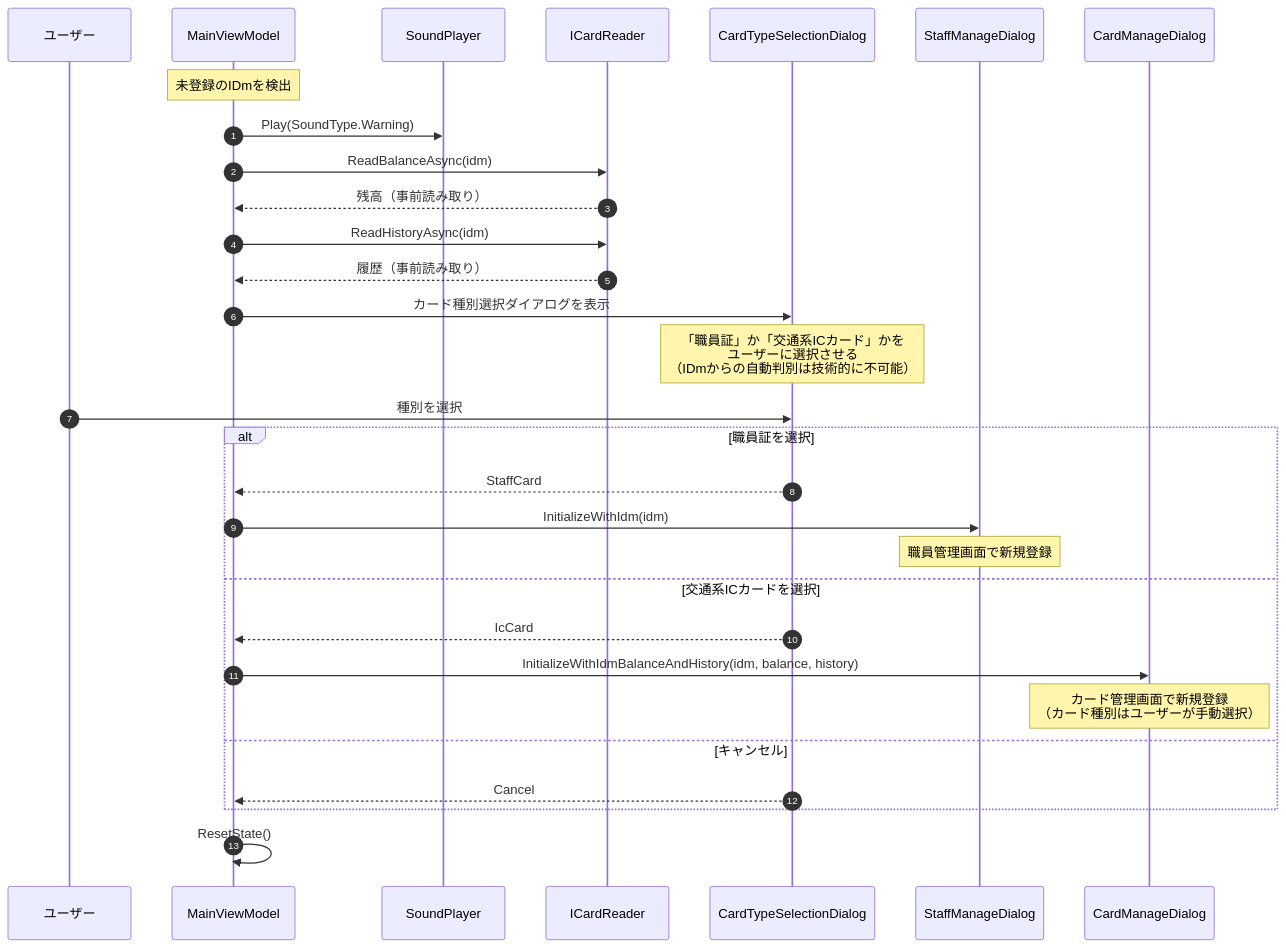
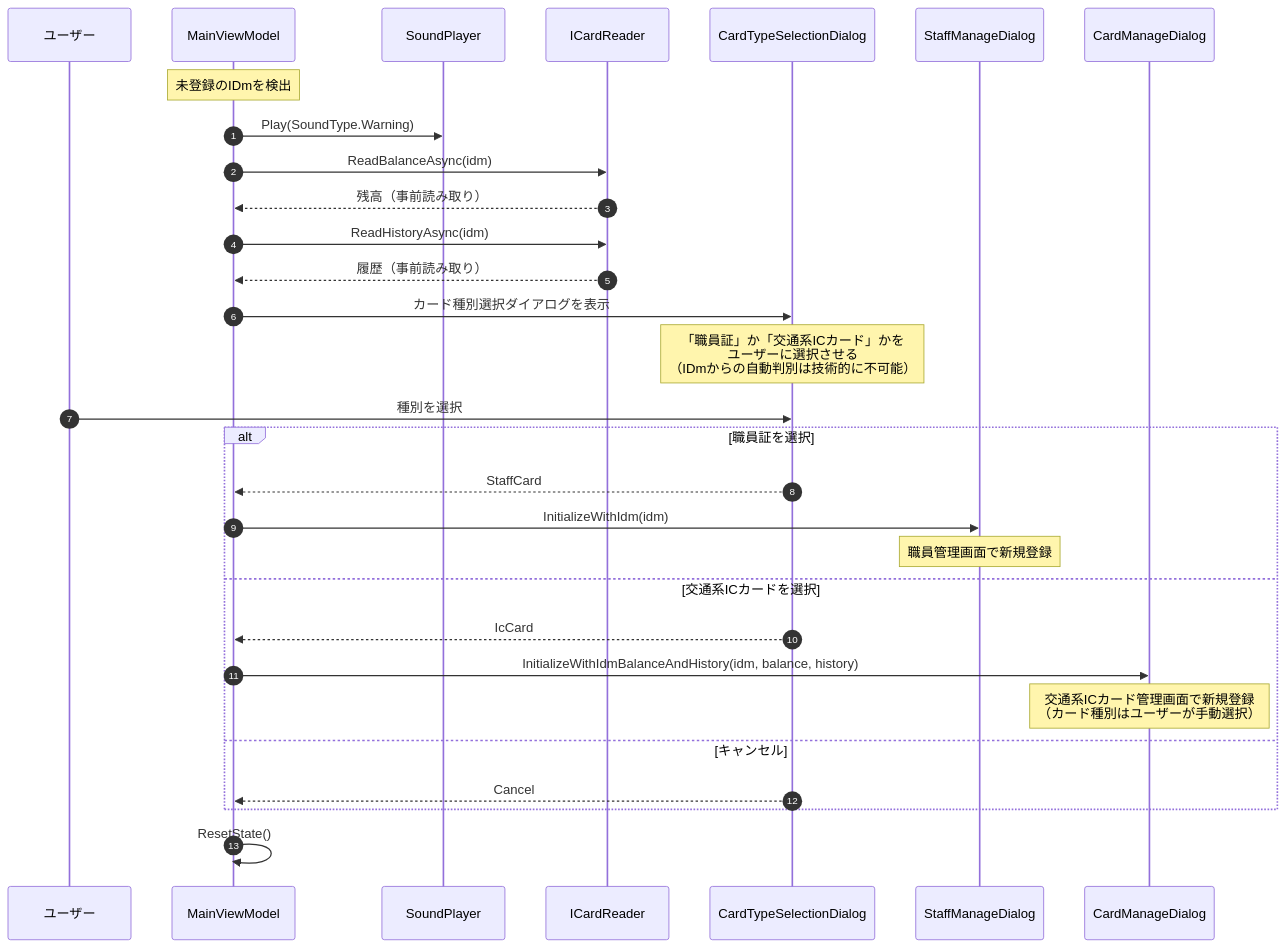
Before and after one commit to kuwayamamasayuki/ICCardManager: the sixth of 15 diagrams in ICCardManager/docs/design/06_シーケンス図.md, drawn with Mermaid. The commit also changed 19 other files, not shown here.

````diff
--- a/ICCardManager/docs/design/06_シーケンス図.md
+++ b/ICCardManager/docs/design/06_シーケンス図.md
@@ -370,37 +370,37 @@
 ```mermaid
 sequenceDiagram
     autonumber
     participant User as ユーザー
     participant VM as MainViewModel
     participant Sound as SoundPlayer
     participant Reader as ICardReader
     participant Dialog as CardTypeSelectionDialog
     participant StaffDlg as StaffManageDialog
     participant CardDlg as CardManageDialog
 
     Note over VM: 未登録のIDmを検出
 
     VM->>Sound: Play(SoundType.Warning)
     VM->>Reader: ReadBalanceAsync(idm)
     Reader-->>VM: 残高（事前読み取り）
     VM->>Reader: ReadHistoryAsync(idm)
     Reader-->>VM: 履歴（事前読み取り）
 
     VM->>Dialog: カード種別選択ダイアログを表示
     Note over Dialog: 「職員証」か「交通系ICカード」かを<br/>ユーザーに選択させる<br/>（IDmからの自動判別は技術的に不可能）
     User->>Dialog: 種別を選択
 
     alt 職員証を選択
         Dialog-->>VM: StaffCard
         VM->>StaffDlg: InitializeWithIdm(idm)
         Note over StaffDlg: 職員管理画面で新規登録
     else 交通系ICカードを選択
         Dialog-->>VM: IcCard
         VM->>CardDlg: InitializeWithIdmBalanceAndHistory(idm, balance, history)
-        Note over CardDlg: カード管理画面で新規登録<br/>（カード種別はユーザーが手動選択）
+        Note over CardDlg: 交通系ICカード管理画面で新規登録<br/>（カード種別はユーザーが手動選択）
     else キャンセル
         Dialog-->>VM: Cancel
     end
 
     VM->>VM: ResetState()
 ```
````
